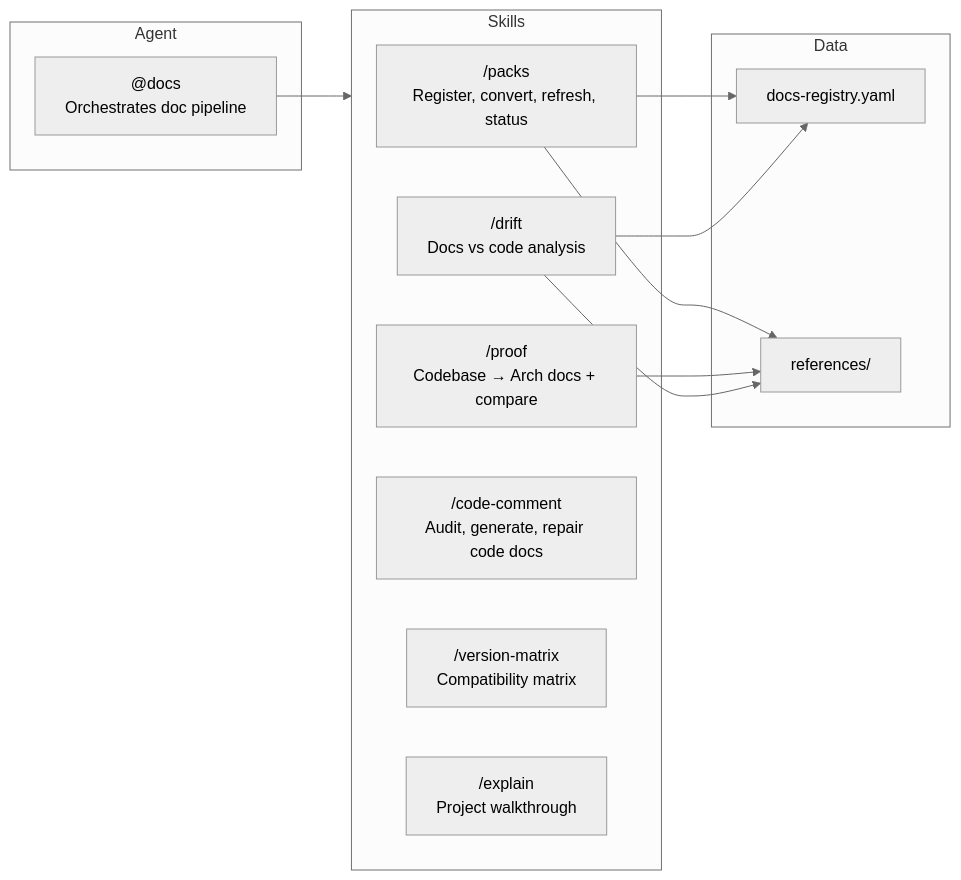
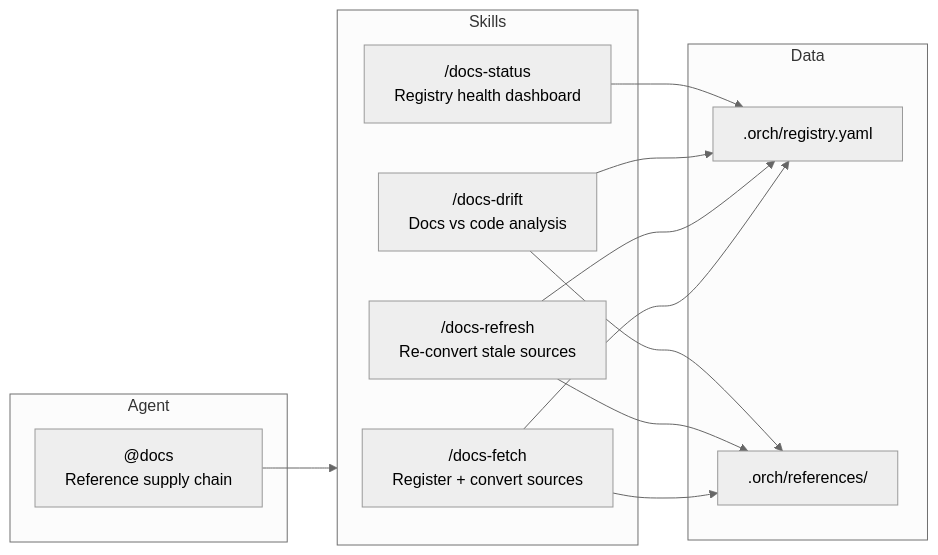
The third of 17 diagrams in docs/tech.md (oneinthebox/vscode-ghcp-agents), drawn with Mermaid (neutral theme) before and after one commit. The commit also changed other lines of this file and 11 other files, not shown here.

````diff
--- a/docs/tech.md
+++ b/docs/tech.md
@@ -98,27 +108,27 @@
 ```mermaid
 graph LR
     subgraph Skills
-        Packs["/packs<br/>Register, convert, refresh, status"]
-        Proof["/proof<br/>Codebase → Arch docs + compare"]
-        Drift["/drift<br/>Docs vs code analysis"]
-        CodeComment["/code-comment<br/>Audit, generate, repair code docs"]
-        VersionMatrix["/version-matrix<br/>Compatibility matrix"]
-        Explain["/explain<br/>Project walkthrough"]
+        DocsFetch["/docs-fetch<br/>Register + convert sources"]
+        DocsStatus["/docs-status<br/>Registry health dashboard"]
+        DocsRefresh["/docs-refresh<br/>Re-convert stale sources"]
+        DocsDrift["/docs-drift<br/>Docs vs code analysis"]
     end
 
     subgraph Agent
-        Docs["@docs<br/>Orchestrates doc pipeline"]
+        Docs["@docs<br/>Reference supply chain"]
     end
 
     subgraph Data
-        RegistryFile["docs-registry.yaml"]
-        RefsDir["references/"]
+        RegistryFile[".orch/registry.yaml"]
+        RefsDir[".orch/references/"]
     end
 
     Docs --> Skills
-    Packs --> RegistryFile
-    Packs --> RefsDir
-    Proof --> RefsDir
-    Drift --> RefsDir
-    Drift --> RegistryFile
+    DocsFetch --> RegistryFile
+    DocsFetch --> RefsDir
+    DocsRefresh --> RegistryFile
+    DocsRefresh --> RefsDir
+    DocsDrift --> RefsDir
+    DocsDrift --> RegistryFile
+    DocsStatus --> RegistryFile
 ```
````
